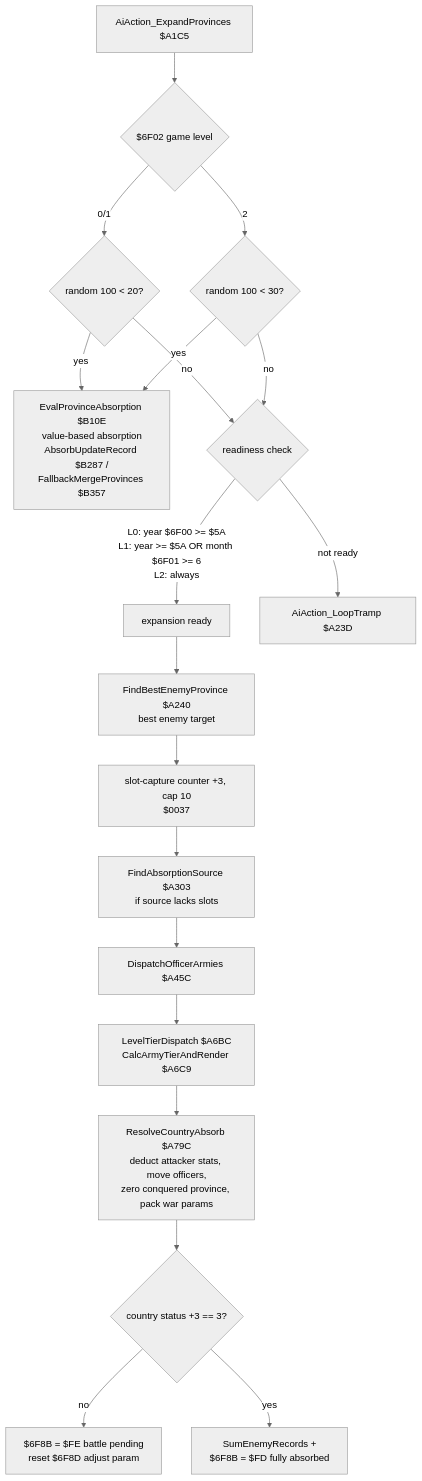
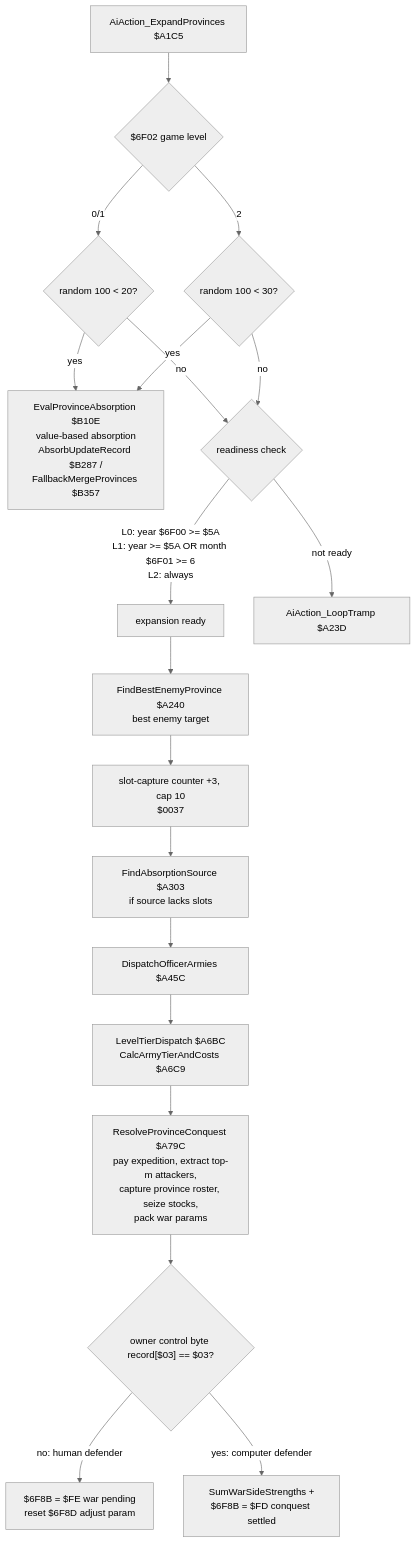
Before and after one commit to rabbyzero/sango2dasm: the second of 4 diagrams in code/strategy_ai_decision_tree.md, drawn with Mermaid (neutral theme). The commit also changed other lines of this file and 213 other files, not shown here.

````diff
--- a/code/strategy_ai_decision_tree.md
+++ b/code/strategy_ai_decision_tree.md
@@ -55,22 +55,22 @@
 ```mermaid
 flowchart TD
     CEC["AiAction_ExpandProvinces $A1C5"] --> LVL{"$6F02 game level"}
     LVL -->|"0/1"| R20{"random 100 < 20?"}
     LVL -->|"2"| R30{"random 100 < 30?"}
     R20 -->|"yes"| EPA
     R30 -->|"yes"| EPA
     R20 -->|"no"| RDY{"readiness check"}
     R30 -->|"no"| RDY
     RDY -->|"L0: year $6F00 >= $5A<br/>L1: year >= $5A OR month $6F01 >= 6<br/>L2: always"| READY["expansion ready"]
     RDY -->|"not ready"| ET2["AiAction_LoopTramp $A23D"]
     READY --> FBEP["FindBestEnemyProvince $A240<br/>best enemy target"]
     FBEP --> SLOTS["slot-capture counter +3, cap 10<br/>$0037"]
     SLOTS --> FAS["FindAbsorptionSource $A303<br/>if source lacks slots"]
     FAS --> DOA["DispatchOfficerArmies $A45C"]
-    DOA --> LTD["LevelTierDispatch $A6BC<br/>CalcArmyTierAndRender $A6C9"]
-    LTD --> RCA["ResolveCountryAbsorb $A79C<br/>deduct attacker stats, move officers,<br/>zero conquered province, pack war params"]
-    RCA --> POST{"country status +3 == 3?"}
-    POST -->|"no"| FE["$6F8B = $FE battle pending<br/>reset $6F8D adjust param"]
-    POST -->|"yes"| SUM["SumEnemyRecords +<br/>$6F8B = $FD fully absorbed"]
+    DOA --> LTD["LevelTierDispatch $A6BC<br/>CalcArmyTierAndCosts $A6C9"]
+    LTD --> RPC["ResolveProvinceConquest $A79C<br/>pay expedition, extract top-m attackers,<br/>capture province roster, seize stocks,<br/>pack war params"]
+    RPC --> POST{"owner control byte record[$03] == $03?"}
+    POST -->|"no: human defender"| FE["$6F8B = $FE war pending<br/>reset $6F8D adjust param"]
+    POST -->|"yes: computer defender"| SUM["SumWarSideStrengths +<br/>$6F8B = $FD conquest settled"]
     EPA["EvalProvinceAbsorption $B10E<br/>value-based absorption<br/>AbsorbUpdateRecord $B287 /<br/>FallbackMergeProvinces $B357"]
 ```
````
